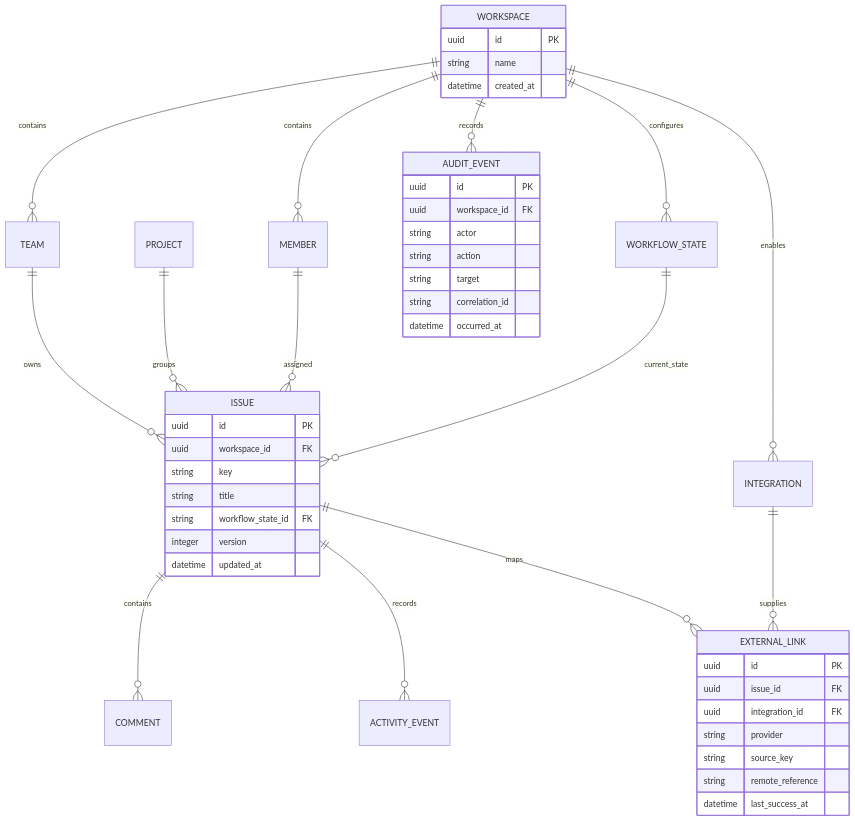
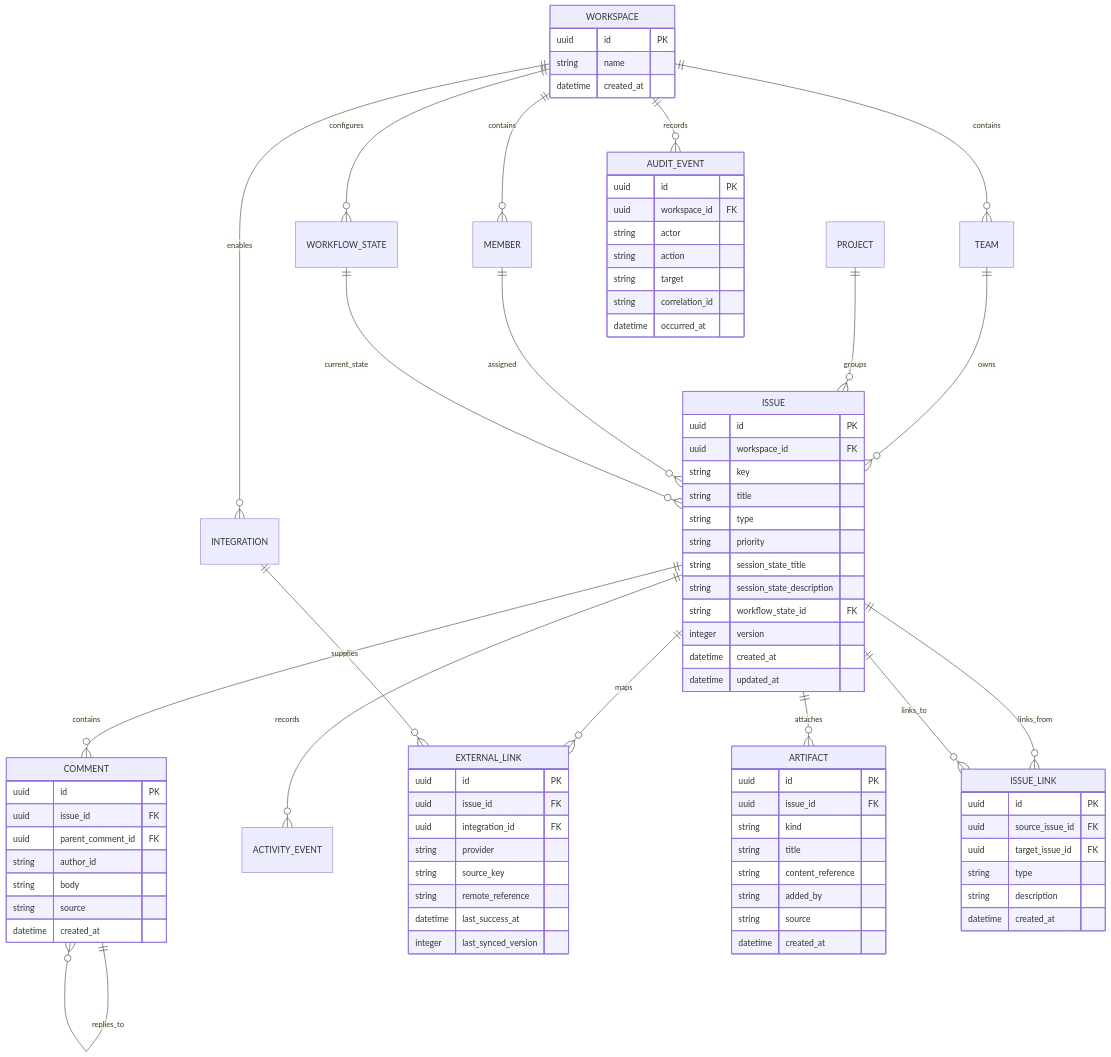
The second of 2 diagrams in docs/anvilboard/srs.md (sommmen/Anvilboard), drawn with Mermaid before and after one commit. The commit also changed other lines of this file and 9 other files, not shown here.

```diff
--- a/docs/anvilboard/srs.md
+++ b/docs/anvilboard/srs.md
@@ -418,8 +595,12 @@
     PROJECT ||--o{ ISSUE : groups
     MEMBER ||--o{ ISSUE : assigned
     ISSUE ||--o{ COMMENT : contains
+    COMMENT ||--o{ COMMENT : replies_to
     ISSUE ||--o{ ACTIVITY_EVENT : records
     ISSUE ||--o{ EXTERNAL_LINK : maps
+    ISSUE ||--o{ ARTIFACT : attaches
+    ISSUE ||--o{ ISSUE_LINK : links_from
+    ISSUE ||--o{ ISSUE_LINK : links_to
     INTEGRATION ||--o{ EXTERNAL_LINK : supplies
     WORKFLOW_STATE ||--o{ ISSUE : current_state
     WORKSPACE {
@@ -432,9 +613,41 @@
       uuid workspace_id FK
       string key
       string title
+      string type
+      string priority
+      string session_state_title
+      string session_state_description
       string workflow_state_id FK
       integer version
+      datetime created_at
       datetime updated_at
+    }
+    COMMENT {
+      uuid id PK
+      uuid issue_id FK
+      uuid parent_comment_id FK
+      string author_id
+      string body
+      string source
+      datetime created_at
+    }
+    ARTIFACT {
+      uuid id PK
+      uuid issue_id FK
+      string kind
+      string title
+      string content_reference
+      string added_by
+      string source
+      datetime created_at
+    }
+    ISSUE_LINK {
+      uuid id PK
+      uuid source_issue_id FK
+      uuid target_issue_id FK
+      string type
+      string description
+      datetime created_at
     }
     EXTERNAL_LINK {
       uuid id PK
@@ -444,6 +657,7 @@
       string source_key
       string remote_reference
       datetime last_success_at
+      integer last_synced_version
     }
     AUDIT_EVENT {
       uuid id PK
```
